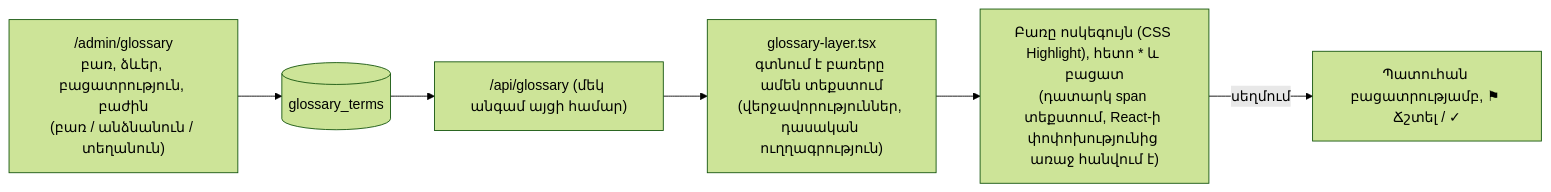
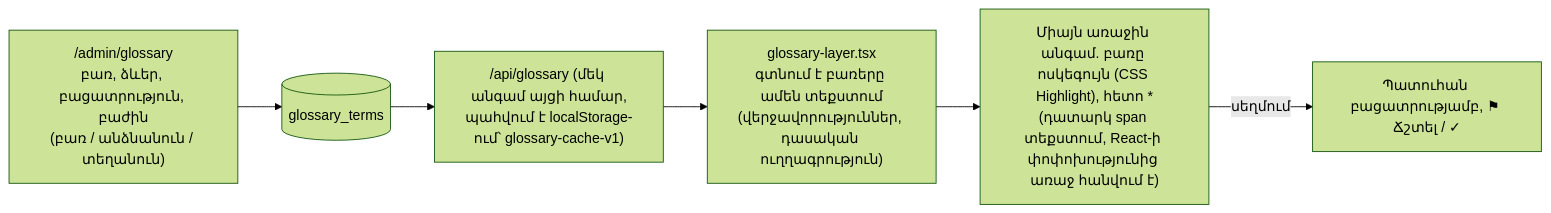
Before and after one commit to T0n0yan/armenian-apostolic-digital-library: diagram 13 of 24 in docs/ARCHITECTURE.md, drawn with Mermaid (forest theme). The commit also changed 4 other files, not shown here.

First line of the commit message:
Բառարան. միայն առաջին հանդիպումը, առանց թարթելու

````diff
--- a/docs/ARCHITECTURE.md
+++ b/docs/ARCHITECTURE.md
@@ -378,8 +378,8 @@
 ```mermaid
 flowchart LR
   ADM["/admin/glossary<br/>բառ, ձևեր, բացատրություն, բաժին<br/>(բառ / անձնանուն / տեղանուն)"] --> GT[("glossary_terms")]
-  GT --> API["/api/glossary (մեկ անգամ այցի համար)"]
+  GT --> API["/api/glossary (մեկ անգամ այցի համար,<br/>պահվում է localStorage-ում՝ glossary-cache-v1)"]
   API --> L["glossary-layer.tsx<br/>գտնում է բառերը ամեն տեքստում<br/>(վերջավորություններ, դասական ուղղագրություն)"]
-  L --> HL["Բառը ոսկեգույն (CSS Highlight), հետո * և բացատ<br/>(դատարկ span տեքստում, React-ի փոփոխությունից առաջ հանվում է)"]
+  L --> HL["Միայն առաջին անգամ. բառը ոսկեգույն (CSS Highlight), հետո *<br/>(դատարկ span տեքստում, React-ի փոփոխությունից առաջ հանվում է)"]
   HL -->|"սեղմում"| CARD["Պատուհան բացատրությամբ, ⚑ Ճշտել / ✓"]
 ```
````
